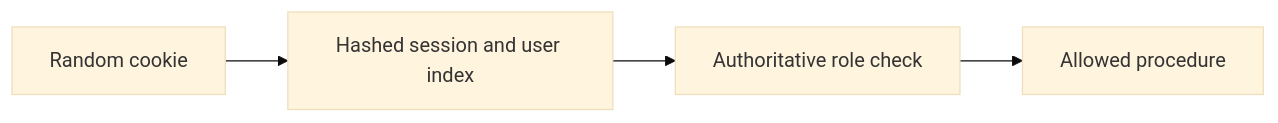
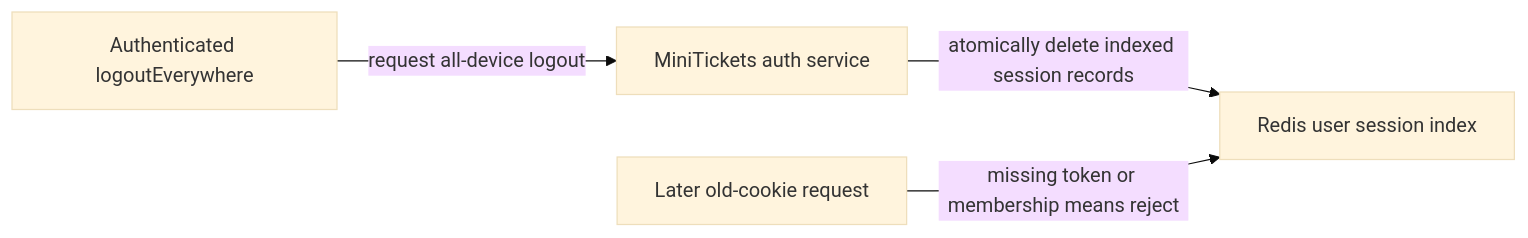
Before and after one commit to maheshnd/minitickets: the diagram in docs/handbook/concepts/session-revocation.md, drawn with Mermaid (base theme). The commit also changed other lines of this file and 119 other files, not shown here.

````diff
--- a/docs/handbook/concepts/session-revocation.md
+++ b/docs/handbook/concepts/session-revocation.md
@@ -17,7 +18,6 @@
 ```mermaid
 flowchart LR
-    n0["Random cookie"] --> n1
-    n1["Hashed session and user index"] --> n2
-    n2["Authoritative role check"] --> n3
-    n3["Allowed procedure"]
+    user["Authenticated logoutEverywhere"] -->|"request all-device logout"| api["MiniTickets auth service"]
+    api -->|"atomically delete indexed session records"| redis["Redis user session index"]
+    old["Later old-cookie request"] -->|"missing token or membership means reject"| redis
 ```
````
